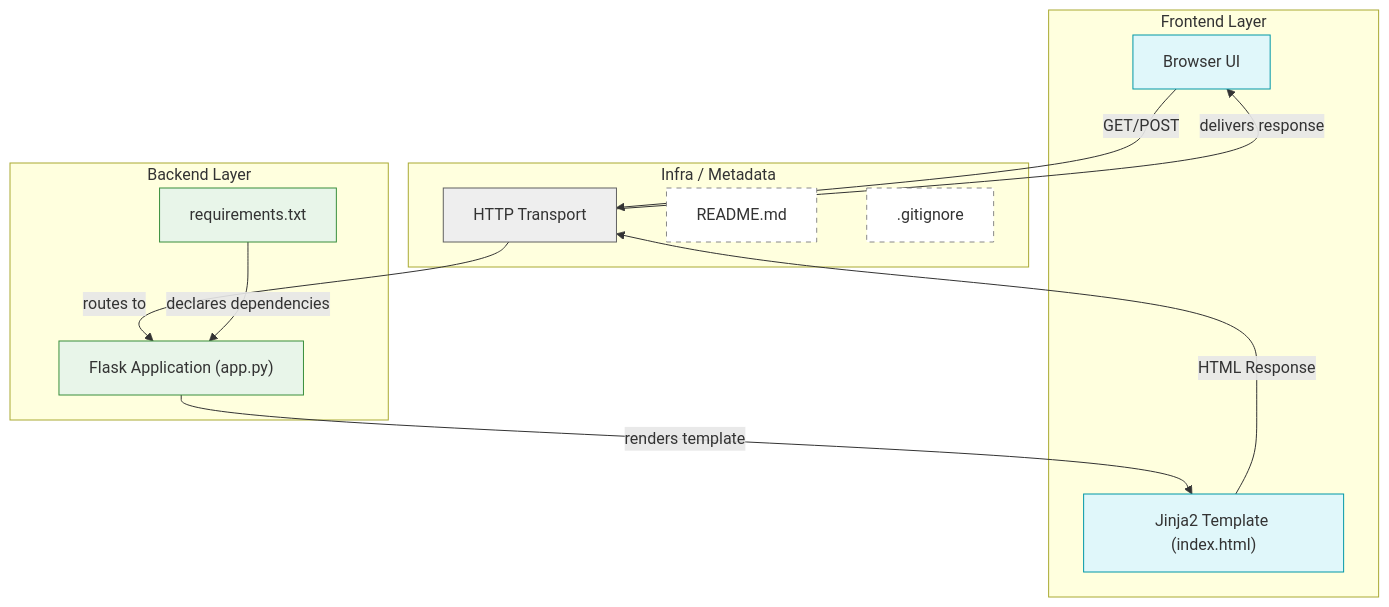
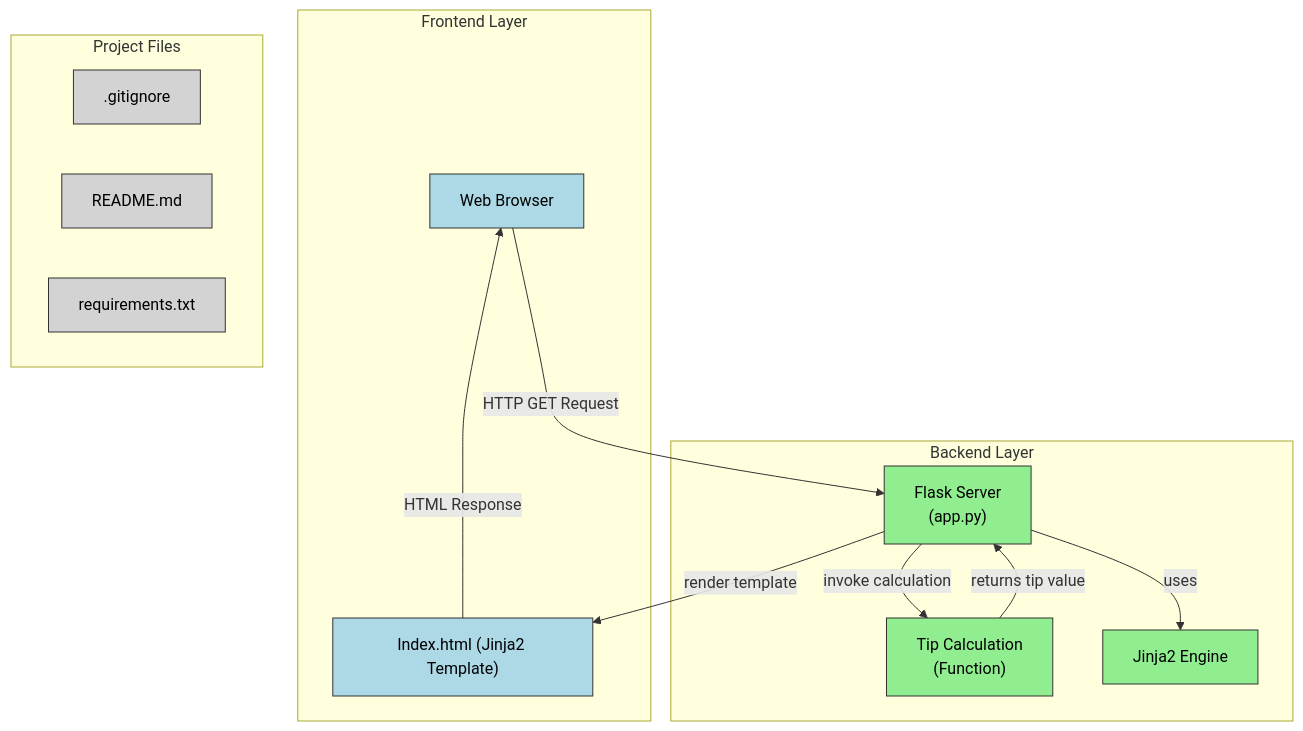
Before and after one commit to geethasagarb/Tip-Calculator: the diagram in README.md, drawn with Mermaid.

````diff
--- a/README.md
+++ b/README.md
@@ -1,36 +1,36 @@
 ```mermaid
-flowchart TD
+flowchart TB
     subgraph "Frontend Layer"
-        Browser["Browser UI"]:::frontend
-        Template["Jinja2 Template (index.html)"]:::frontend
+        Browser["Web Browser"]:::frontend
+        Template["Index.html (Jinja2 Template)"]:::frontend
     end
 
     subgraph "Backend Layer"
-        Flask["Flask Application (app.py)"]:::backend
-        Req["requirements.txt"]:::backend
+        App["Flask Server\n(app.py)"]:::backend
+        Calc["Tip Calculation\n(Function)"]:::backend
+        Jinja["Jinja2 Engine"]:::backend
     end
 
-    subgraph "Infra / Metadata"
-        HTTP["HTTP Transport"]:::infra
-        README["README.md"]:::metadata
-        GIT[".gitignore"]:::metadata
+    subgraph "Project Files"
+        Gitignore[".gitignore"]:::docs
+        Readme["README.md"]:::docs
+        Req["requirements.txt"]:::docs
     end
 
-    Browser -->|"GET/POST"| HTTP
-    HTTP -->|"routes to"| Flask
-    Flask -->|"renders template"| Template
-    Template -->|"HTML Response"| HTTP
-    HTTP -->|"delivers response"| Browser
-    Req -->|"declares dependencies"| Flask
+    Browser -->|"HTTP GET Request"| App
+    App -->|"invoke calculation"| Calc
+    Calc -->|"returns tip value"| App
+    App -->|"render template"| Template
+    Template -->|"HTML Response"| Browser
+    App -->|"uses"| Jinja
 
-    click Flask "https://github.com/geethasagarb/tip-calculator/blob/main/app.py"
+    click App "https://github.com/geethasagarb/tip-calculator/blob/main/app.py"
     click Template "https://github.com/geethasagarb/tip-calculator/blob/main/templates/index.html"
     click Req "https://github.com/geethasagarb/tip-calculator/blob/main/requirements.txt"
-    click README "https://github.com/geethasagarb/tip-calculator/blob/main/README.md"
-    click GIT "https://github.com/geethasagarb/tip-calculator/blob/main/.gitignore"
+    click Readme "https://github.com/geethasagarb/tip-calculator/blob/main/README.md"
+    click Gitignore "https://github.com/geethasagarb/tip-calculator/blob/main/.gitignore"
 
-    classDef frontend fill:#E0F7FA,stroke:#0097A7;
-    classDef backend fill:#E8F5E9,stroke:#388E3C;
-    classDef infra fill:#EEEEEE,stroke:#616161;
-    classDef metadata fill:#FFFFFF,stroke:#888888,stroke-dasharray:5 5;
+    classDef frontend fill:#ADD8E6,stroke:#333,color:#000
+    classDef backend fill:#90EE90,stroke:#333,color:#000
+    classDef docs fill:#D3D3D3,stroke:#333,color:#000
 ```
````
